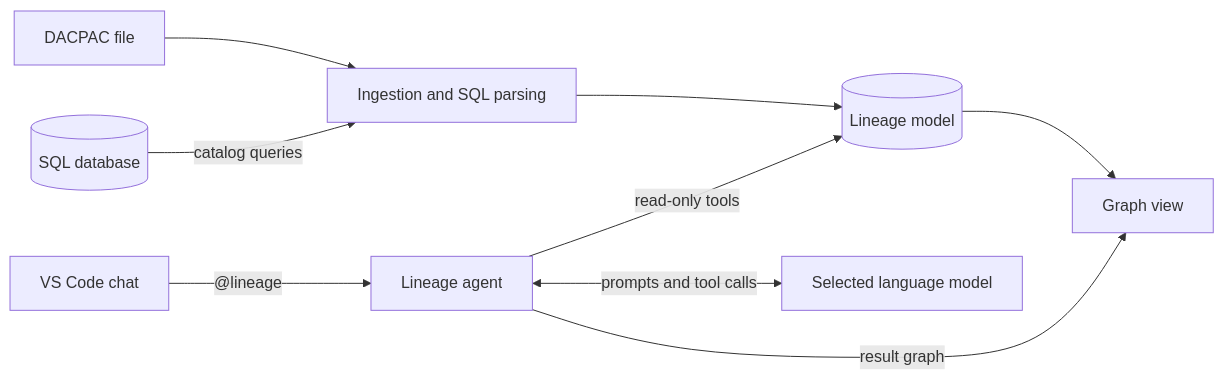
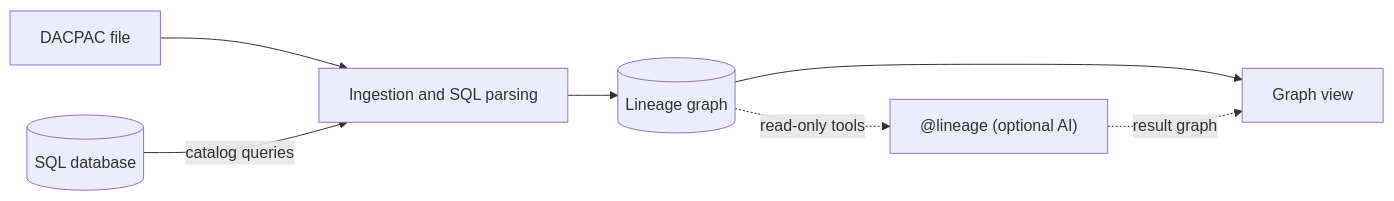
Before and after one commit to ChrisDevRepo/vscode_data_lineage: the diagram in docs/ARCHITECTURE.md, drawn with Mermaid. The commit also changed other lines of this file and 3 other files, not shown here.

First line of the commit message:
Docs: lineage engine first, privacy by data flow, AI as optional

````diff
--- a/docs/ARCHITECTURE.md
+++ b/docs/ARCHITECTURE.md
@@ -7,11 +7,9 @@
 ```mermaid
 flowchart LR
     DAC[DACPAC file] --> ING[Ingestion and SQL parsing]
     DB[(SQL database)] -->|catalog queries| ING
-    ING --> MODEL[(Lineage model)]
+    ING --> MODEL[(Lineage graph)]
     MODEL --> VIEW[Graph view]
-    CHAT[VS Code chat] -->|"@lineage"| AGENT[Lineage agent]
-    AGENT <-->|prompts and tool calls| LLM[Selected language model]
-    AGENT -->|read-only tools| MODEL
-    AGENT -->|result graph| VIEW
+    MODEL -.->|read-only tools| AGENT["@lineage (optional AI)"]
+    AGENT -.->|result graph| VIEW
 ```
````
